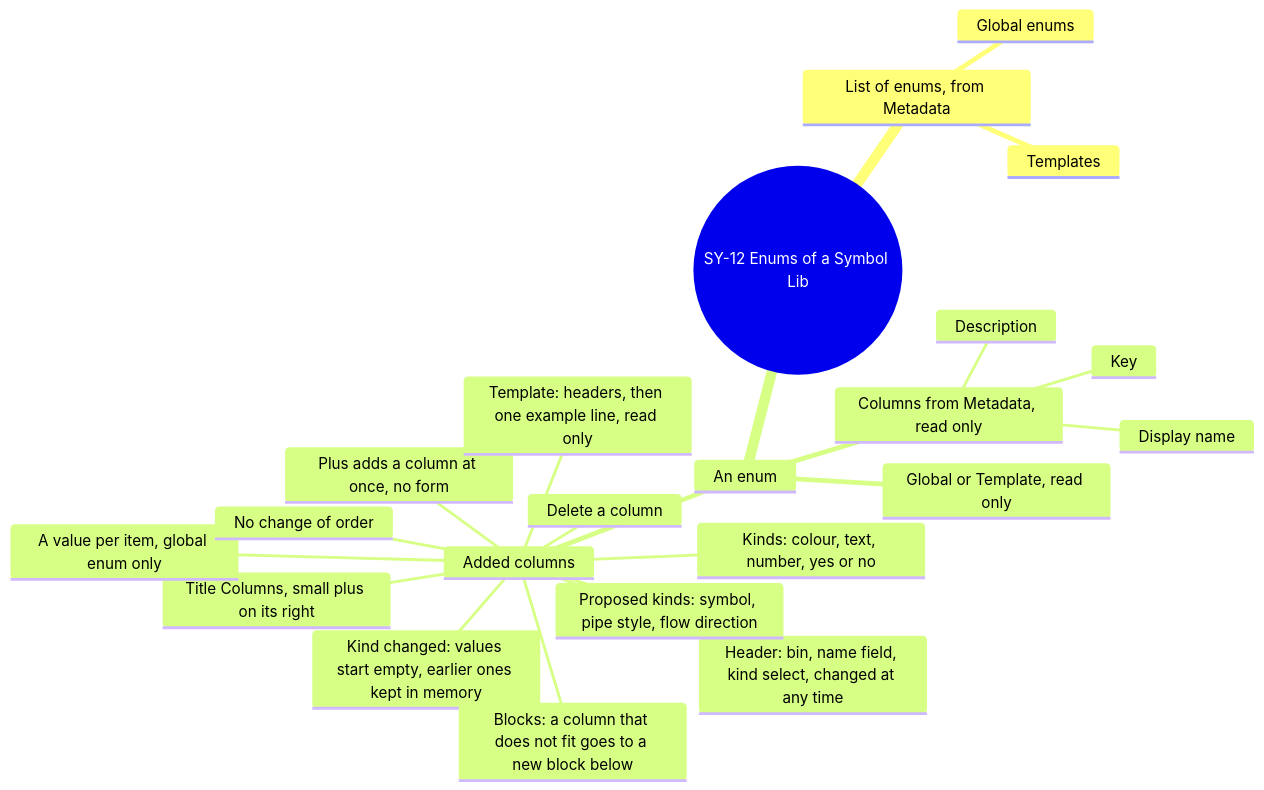
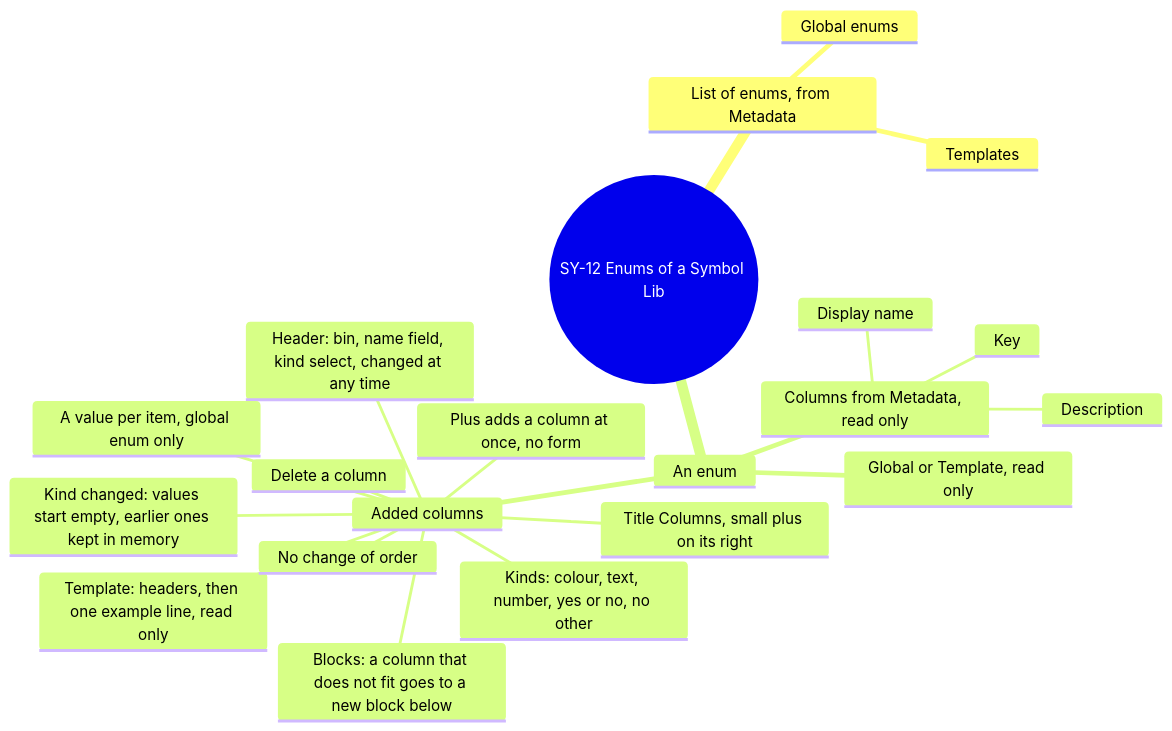
Diagram 16 of 16 in screens/symbols.md (AlexandreGallais/synoptic-studio-spec), drawn with Mermaid before and after one commit. The commit also changed other lines of this file and 6 other files, not shown here.

First line of the commit message:
docs(symbols): apply the answers on enum kinds, pipe speed and groups

````diff
--- a/screens/symbols.md
+++ b/screens/symbols.md
@@ -689,25 +689,24 @@
 ```mermaid
 mindmap
   root((SY-12 Enums of a Symbol Lib))
     List of enums, from Metadata
       Global enums
       Templates
     An enum
       Columns from Metadata, read only
         Key
         Display name
         Description
       Global or Template, read only
       Added columns
         Title Columns, small plus on its right
         Plus adds a column at once, no form
         Header: bin, name field, kind select, changed at any time
-        Kinds: colour, text, number, yes or no
-        Proposed kinds: symbol, pipe style, flow direction
+        Kinds: colour, text, number, yes or no, no other
         Kind changed: values start empty, earlier ones kept in memory
         Blocks: a column that does not fit goes to a new block below
         A value per item, global enum only
         Template: headers, then one example line, read only
         Delete a column
         No change of order
 ```
````
